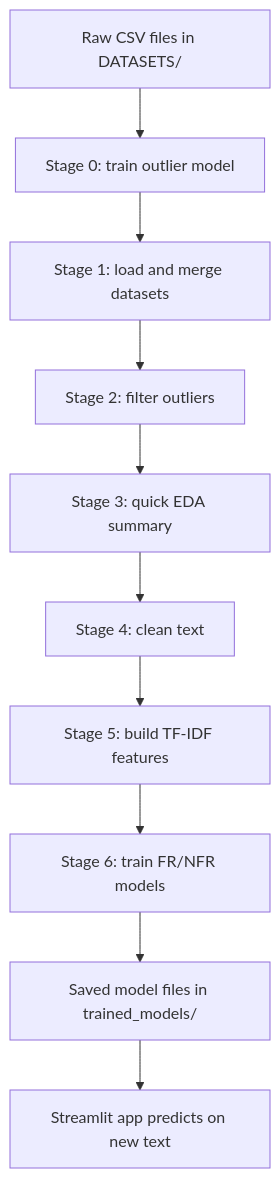
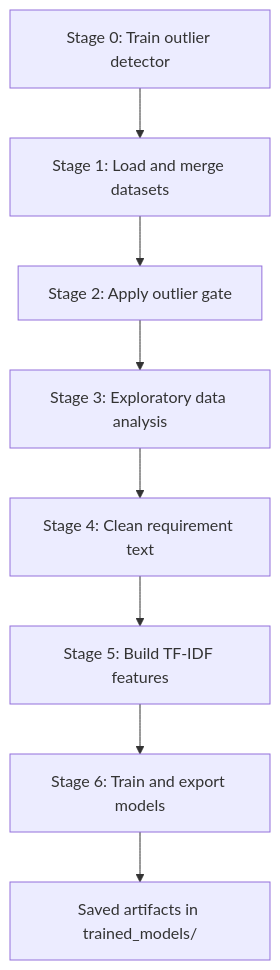
The second of 3 diagrams in README.md (hamziCodes/IDS_PROJECT-SRS_CLASSIFICATION), drawn with Mermaid before and after one commit. The commit also changed other lines of this file and 1 other file, not shown here.

````diff
--- a/README.md
+++ b/README.md
@@ -39,12 +192,10 @@
 ```mermaid
 flowchart TD
-      A[Raw CSV files in DATASETS/] --> B[Stage 0: train outlier model]
-      B --> C[Stage 1: load and merge datasets]
-      C --> D[Stage 2: filter outliers]
-      D --> E[Stage 3: quick EDA summary]
-      E --> F[Stage 4: clean text]
-      F --> G[Stage 5: build TF-IDF features]
-      G --> H[Stage 6: train FR/NFR models]
-      H --> I[Saved model files in trained_models/]
-      I --> J[Streamlit app predicts on new text]
+    A[Stage 0: Train outlier detector] --> B[Stage 1: Load and merge datasets]
+    B --> C[Stage 2: Apply outlier gate]
+    C --> D[Stage 3: Exploratory data analysis]
+    D --> E[Stage 4: Clean requirement text]
+    E --> F[Stage 5: Build TF-IDF features]
+    F --> G[Stage 6: Train and export models]
+    G --> H[Saved artifacts in trained_models/]
 ```
````
